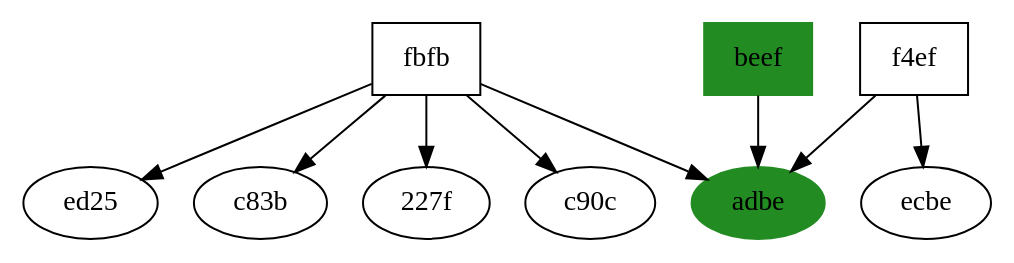
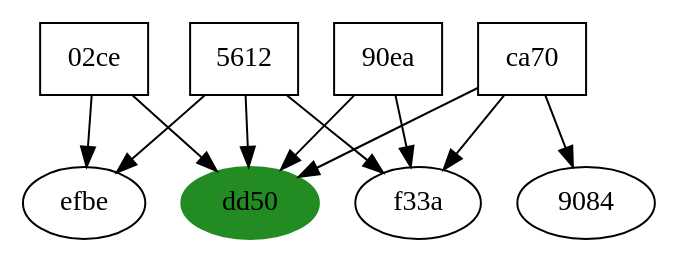
Before and after one commit to dimartinot/Data-Analysis-of-a-document-tracker: the diagram in also_likes.dot, drawn with Graphviz. The commit also changed 9 other files, not shown here.

```diff
--- a/also_likes.dot
+++ b/also_likes.dot
@@ -1,22 +1,23 @@
 // Also-Likes
 digraph {
 	node [shape=box]
-	beef [color=forestgreen fillcolor=forestgreen style=filled]
-	fbfb
-	f4ef
+	5612
+	"02ce"
+	"90ea"
+	ca70
 	node [shape=ellipse]
-	adbe [color=forestgreen fillcolor=forestgreen style=filled]
-	ed25
-	c83b
-	"227f"
-	c90c
-	ecbe
-	beef -> adbe
-	fbfb -> adbe
-	fbfb -> ed25
-	fbfb -> c83b
-	fbfb -> "227f"
-	fbfb -> c90c
-	f4ef -> ecbe
-	f4ef -> adbe
+	dd50 [color=forestgreen fillcolor=forestgreen style=filled]
+	f33a
+	efbe
+	9084
+	5612 -> dd50
+	5612 -> f33a
+	5612 -> efbe
+	"02ce" -> dd50
+	"02ce" -> efbe
+	"90ea" -> f33a
+	"90ea" -> dd50
+	ca70 -> 9084
+	ca70 -> f33a
+	ca70 -> dd50
 }
```
